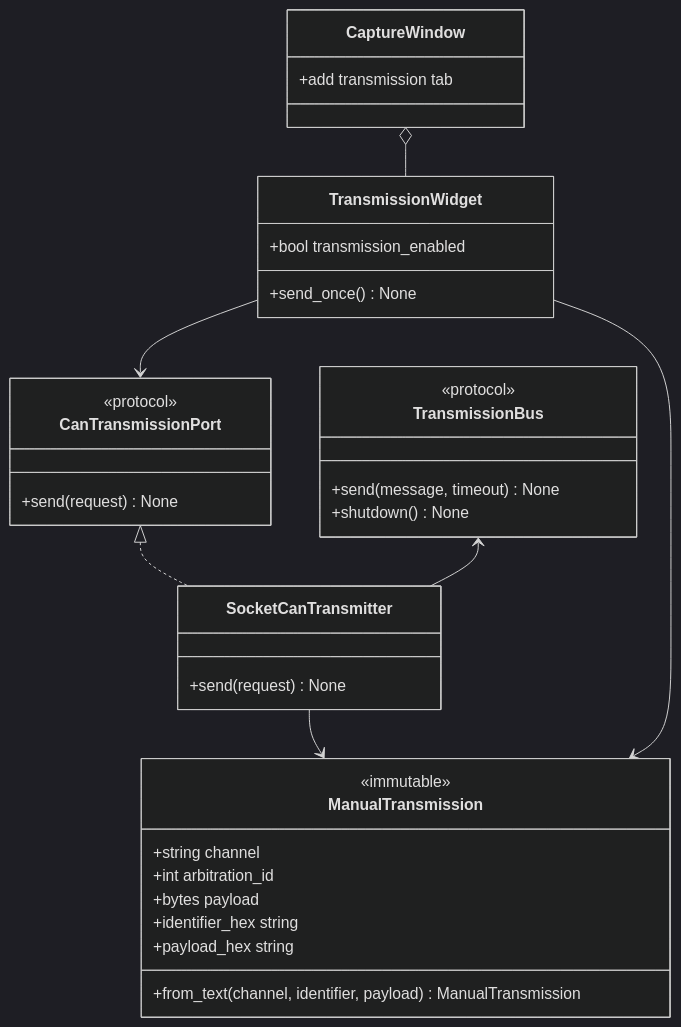
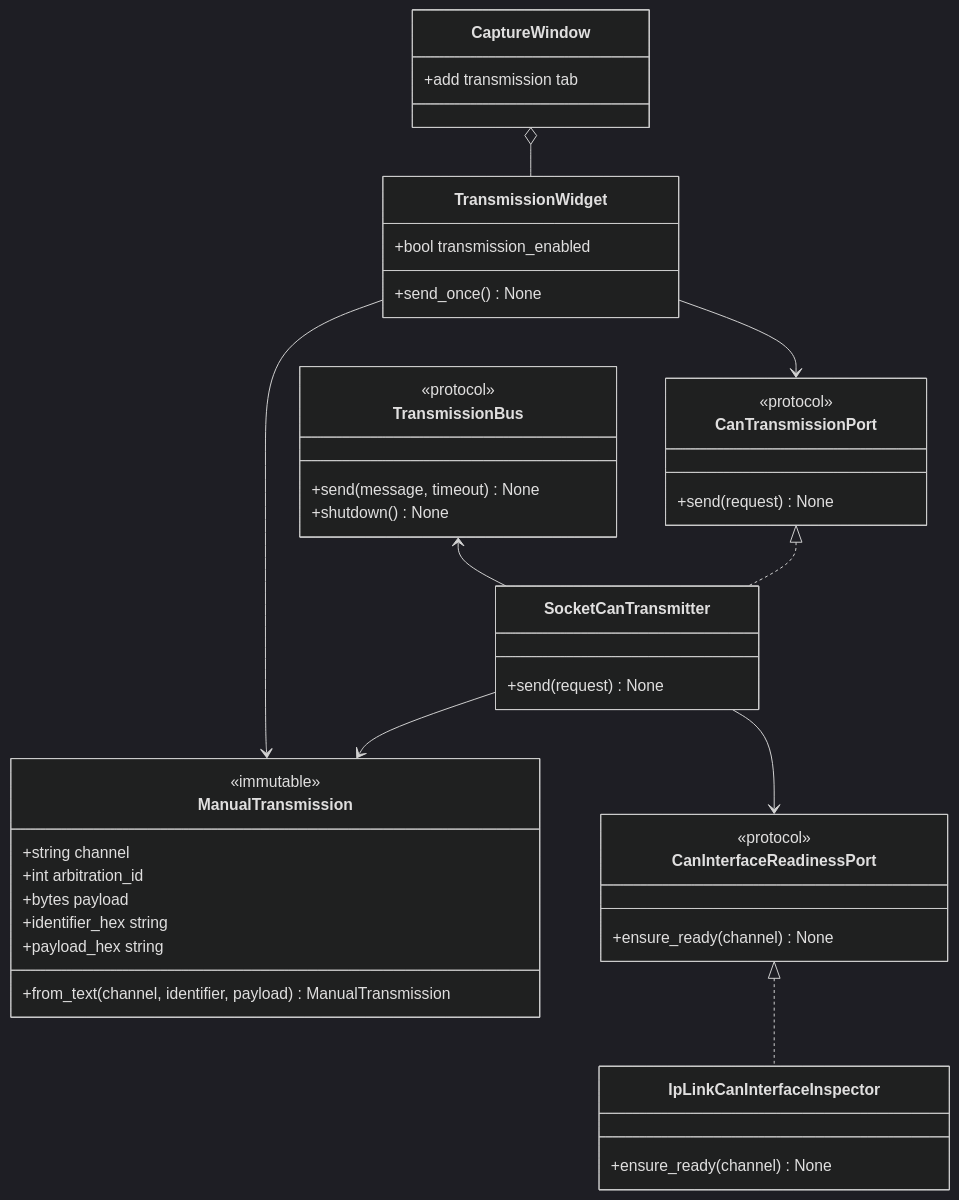
Before and after one commit to benoit-bremaud/can-sniffer: the diagram in docs/architecture/diagrams/manual-transmission/04-class.md, drawn with Mermaid (dark theme). The commit also changed other lines of this file and 18 other files, not shown here.

````diff
--- a/docs/architecture/diagrams/manual-transmission/04-class.md
+++ b/docs/architecture/diagrams/manual-transmission/04-class.md
@@ -15,43 +15,54 @@
 ```mermaid
 classDiagram
     class ManualTransmission {
         <<immutable>>
         +string channel
         +int arbitration_id
         +bytes payload
         +from_text(channel, identifier, payload) ManualTransmission
         +identifier_hex string
         +payload_hex string
     }
 
     class CanTransmissionPort {
         <<protocol>>
         +send(request) None
     }
 
+    class CanInterfaceReadinessPort {
+        <<protocol>>
+        +ensure_ready(channel) None
+    }
+
     class SocketCanTransmitter {
         +send(request) None
+    }
+
+    class IpLinkCanInterfaceInspector {
+        +ensure_ready(channel) None
     }
 
     class TransmissionWidget {
         +bool transmission_enabled
         +send_once() None
     }
 
     class CaptureWindow {
         +add transmission tab
     }
 
     class TransmissionBus {
         <<protocol>>
         +send(message, timeout) None
         +shutdown() None
     }
 
     CanTransmissionPort <|.. SocketCanTransmitter
+    CanInterfaceReadinessPort <|.. IpLinkCanInterfaceInspector
+    SocketCanTransmitter --> CanInterfaceReadinessPort
     TransmissionBus <-- SocketCanTransmitter
     SocketCanTransmitter --> ManualTransmission
     TransmissionWidget --> ManualTransmission
     TransmissionWidget --> CanTransmissionPort
     CaptureWindow o-- TransmissionWidget
 ```
````
